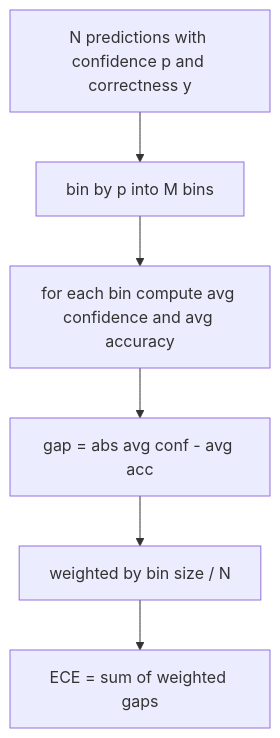
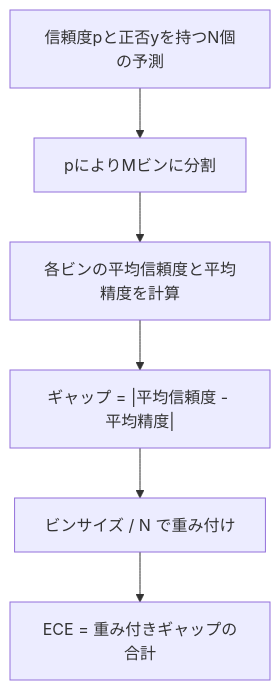
The first of 2 diagrams in content/phases/19-capstone-projects/73-perplexity-calibration/lesson.ja.md (shoshoshomen/synapse-academy), drawn with Mermaid before and after one commit. The commit also changed other lines of this file and 124 other files, not shown here.

First line of the commit message:
feat(i18n): mermaid図のラベルを日本語化(194レッスン/374図)

````diff
--- a/content/phases/19-capstone-projects/73-perplexity-calibration/lesson.ja.md
+++ b/content/phases/19-capstone-projects/73-perplexity-calibration/lesson.ja.md
@@ -33,8 +33,8 @@
 ```mermaid
 flowchart TD
-    A[N predictions with confidence p and correctness y] --> B[bin by p into M bins]
-    B --> C[for each bin compute avg confidence and avg accuracy]
-    C --> D[gap = abs avg conf - avg acc]
-    D --> E[weighted by bin size / N]
-    E --> F[ECE = sum of weighted gaps]
+    A["信頼度pと正否yを持つN個の予測"] --> B["pによりMビンに分割"]
+    B --> C["各ビンの平均信頼度と平均精度を計算"]
+    C --> D["ギャップ = |平均信頼度 - 平均精度|"]
+    D --> E["ビンサイズ / N で重み付け"]
+    E --> F["ECE = 重み付きギャップの合計"]
 ```
````
